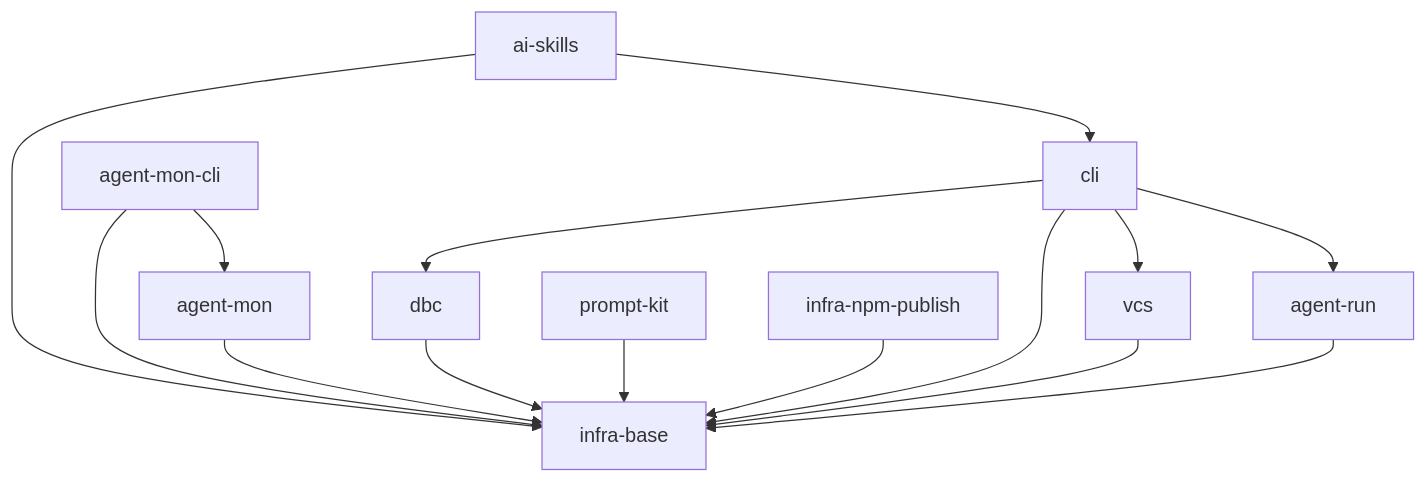
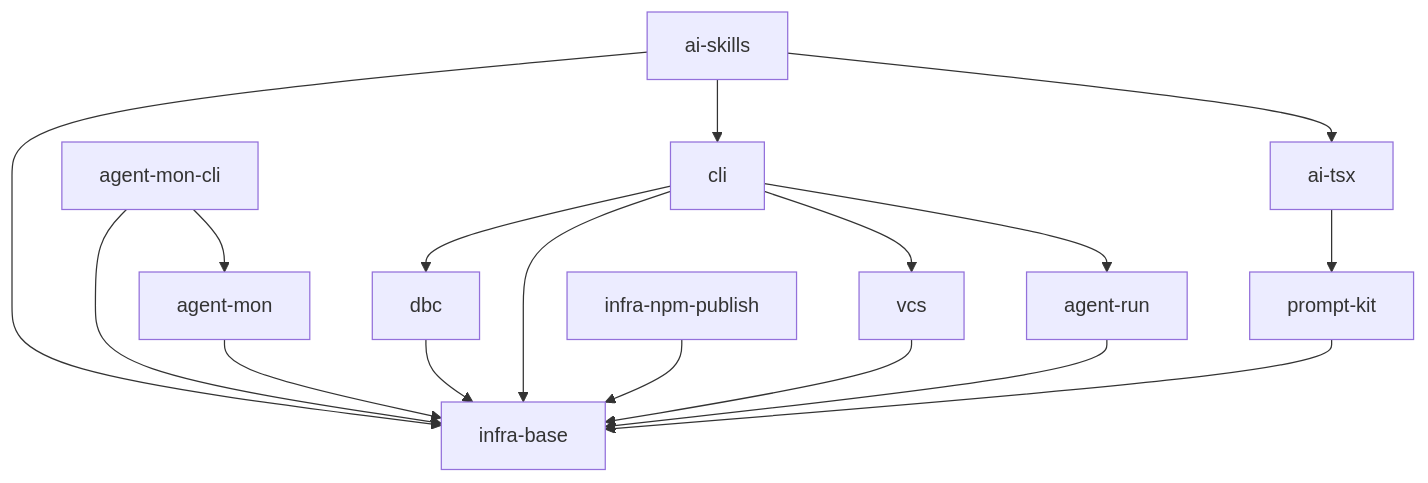
Before and after one commit to RubaXa/gennady: the diagram in specs/README.md, drawn with Mermaid. The commit also changed other lines of this file and 46 other files, not shown here.

````diff
--- a/specs/README.md
+++ b/specs/README.md
@@ -9,17 +9,19 @@
 ```mermaid
 graph TD
     cli --> dbc
     cli --> infra-base
     cli --> vcs
     dbc --> infra-base
     vcs --> infra-base
     agent-mon --> infra-base
     agent-mon-cli --> infra-base
     agent-mon-cli --> agent-mon
     agent-run --> infra-base
     cli --> agent-run
     ai-skills --> infra-base
     ai-skills --> cli
     prompt-kit --> infra-base
+    ai-tsx --> prompt-kit
+    ai-skills --> ai-tsx
     infra-npm-publish --> infra-base
 ```
````
